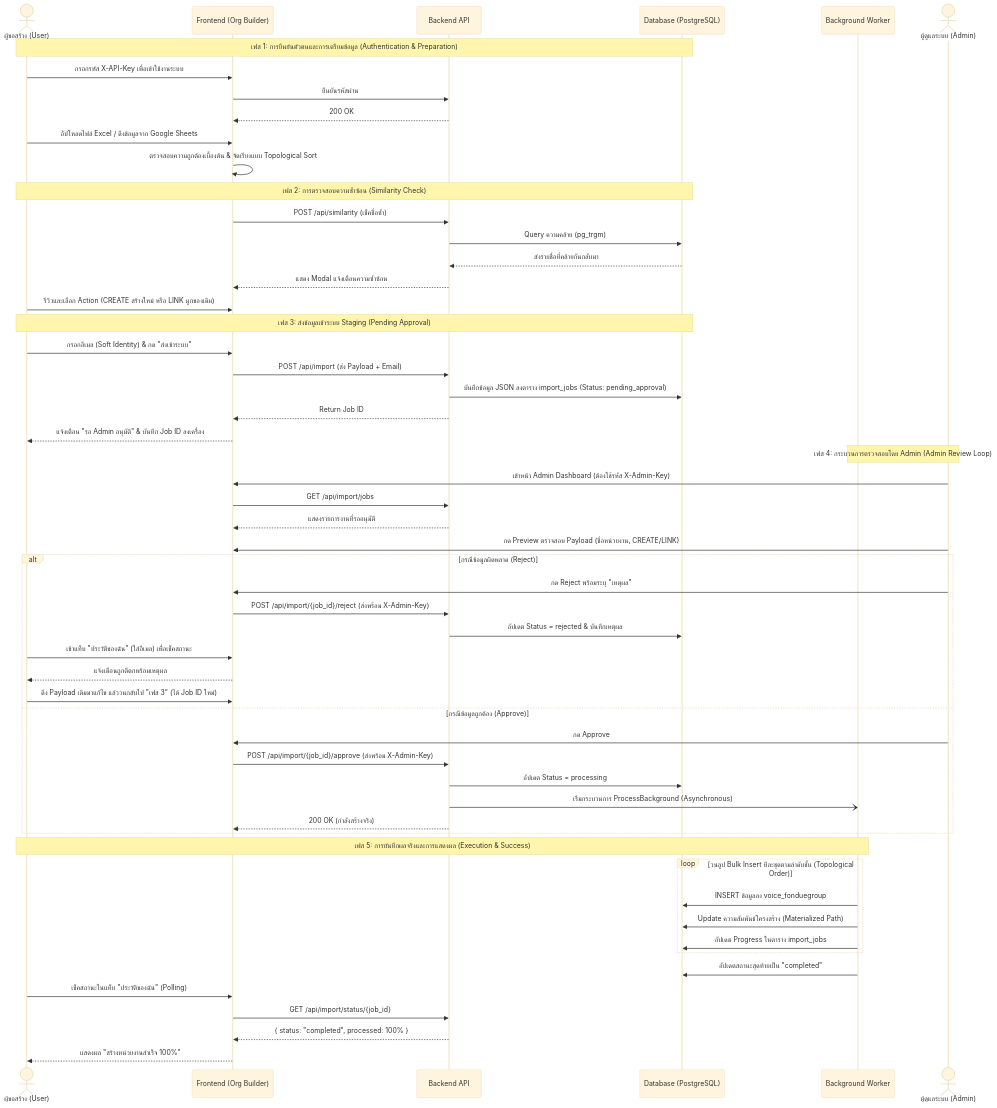
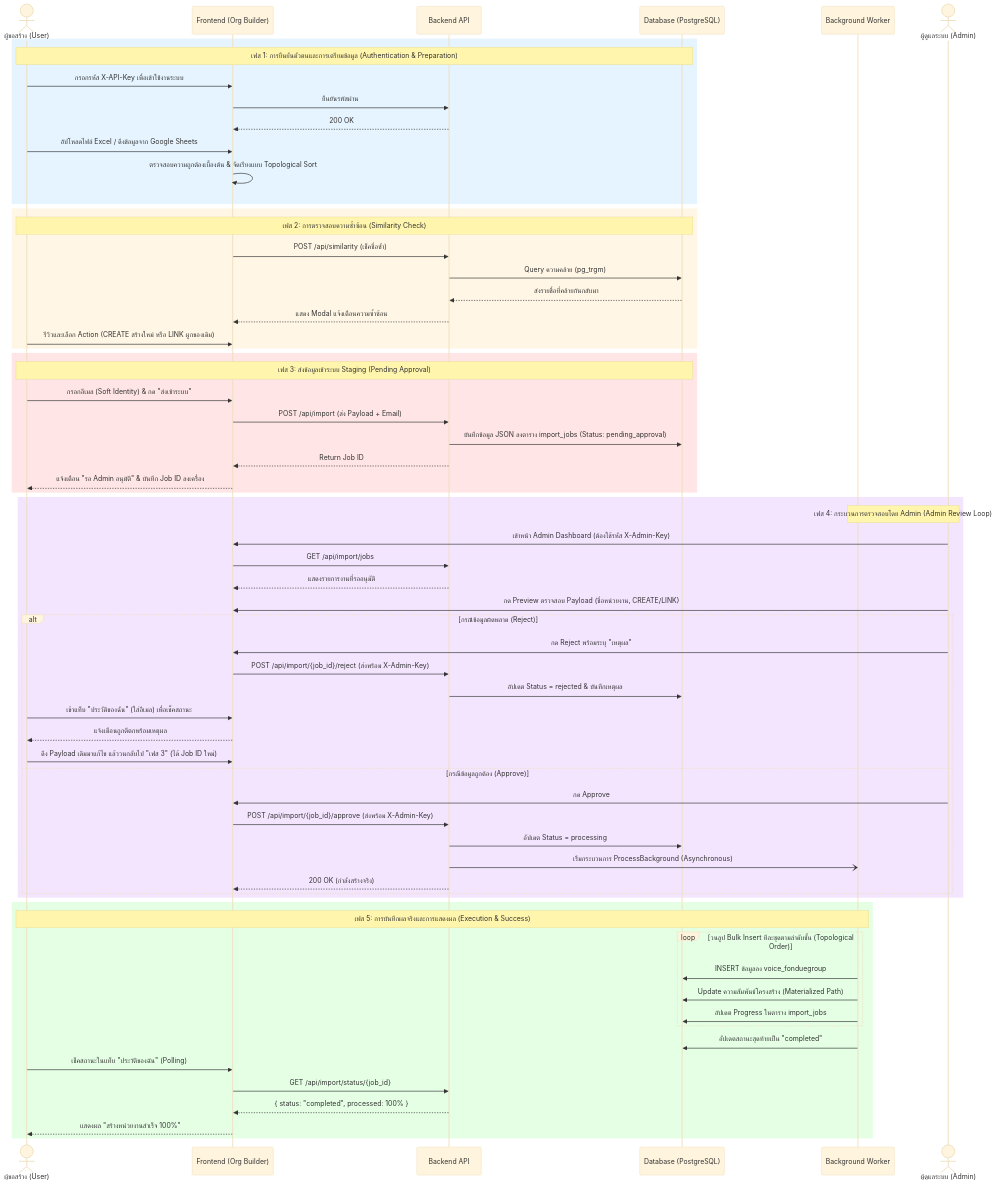
One commit to traffy-nectec/org-chart-creation changed the second of 2 diagrams in README.md. Above: the diagram before and after it, drawn with Mermaid (base theme). The commit also changed other lines of this file, not shown here.

Commit message:
docs: restore colors to diagrams with transparent fill for dark mode support

````diff
--- a/README.md
+++ b/README.md
@@ -160,64 +163,74 @@
 ```mermaid
 sequenceDiagram
     actor User as ผู้ขอสร้าง (User)
     participant UI as Frontend (Org Builder)
     participant API as Backend API
     participant DB as Database (PostgreSQL)
     participant Worker as Background Worker
     actor Admin as ผู้ดูแลระบบ (Admin)
 
+    rect rgba(0, 150, 255, 0.1)
     Note over User, DB: เฟส 1: การยืนยันตัวตนและการเตรียมข้อมูล (Authentication & Preparation)
     User->>UI: กรอกรหัส X-API-Key เพื่อเข้าใช้งานระบบ
     UI->>API: ยืนยันรหัสผ่าน
     API-->>UI: 200 OK
     User->>UI: อัปโหลดไฟล์ Excel / ดึงข้อมูลจาก Google Sheets
     UI->>UI: ตรวจสอบความถูกต้องเบื้องต้น & จัดเรียงแบบ Topological Sort
+    end
 
+    rect rgba(255, 165, 0, 0.1)
     Note over User, DB: เฟส 2: การตรวจสอบความซ้ำซ้อน (Similarity Check)
     UI->>API: POST /api/similarity (เช็คชื่อซ้ำ)
     API->>DB: Query ความคล้าย (pg_trgm)
     DB-->>API: ส่งรายชื่อที่คล้ายกันกลับมา
     API-->>UI: แสดง Modal แจ้งเตือนความซ้ำซ้อน
     User->>UI: รีวิวและเลือก Action (CREATE สร้างใหม่ หรือ LINK ผูกของเดิม)
+    end
 
+    rect rgba(255, 0, 0, 0.1)
     Note over User, DB: เฟส 3: ส่งข้อมูลเข้าระบบ Staging (Pending Approval)
     User->>UI: กรอกอีเมล (Soft Identity) & กด "ส่งเข้าระบบ"
     UI->>API: POST /api/import (ส่ง Payload + Email)
     API->>DB: บันทึกข้อมูล JSON ลงตาราง import_jobs (Status: pending_approval)
     API-->>UI: Return Job ID
     UI-->>User: แจ้งเตือน "รอ Admin อนุมัติ" & บันทึก Job ID ลงเครื่อง
+    end
 
+    rect rgba(150, 0, 255, 0.1)
     Note over Admin, Worker: เฟส 4: กระบวนการตรวจสอบโดย Admin (Admin Review Loop)
     Admin->>UI: เข้าหน้า Admin Dashboard (ต้องใช้รหัส X-Admin-Key)
     UI->>API: GET /api/import/jobs
     API-->>UI: แสดงรายการงานที่รออนุมัติ
     Admin->>UI: กด Preview ตรวจสอบ Payload (ชื่อหน่วยงาน, CREATE/LINK)
     
     alt กรณีข้อมูลผิดพลาด (Reject)
         Admin->>UI: กด Reject พร้อมระบุ "เหตุผล"
         UI->>API: POST /api/import/{job_id}/reject (ส่งพร้อม X-Admin-Key)
         API->>DB: อัปเดต Status = rejected & บันทึกเหตุผล
         User->>UI: เข้าแท็บ "ประวัติของฉัน" (ใส่อีเมล) เพื่อเช็คสถานะ
         UI-->>User: แจ้งเตือนถูกตีตกพร้อมเหตุผล
         User->>UI: ดึง Payload เดิมมาแก้ไข แล้ววนกลับไป "เฟส 3" (ได้ Job ID ใหม่)
     else กรณีข้อมูลถูกต้อง (Approve)
         Admin->>UI: กด Approve
         UI->>API: POST /api/import/{job_id}/approve (ส่งพร้อม X-Admin-Key)
         API->>DB: อัปเดต Status = processing
         API-)Worker: เริ่มกระบวนการ ProcessBackground (Asynchronous)
         API-->>UI: 200 OK (กำลังสร้างจริง)
     end
+    end
 
+    rect rgba(0, 255, 0, 0.1)
     Note over User, Worker: เฟส 5: การบันทึกผลจริงและการแสดงผล (Execution & Success)
     loop วนลูป Bulk Insert ทีละชุดตามลำดับชั้น (Topological Order)
         Worker->>DB: INSERT ข้อมูลลง voice_fonduegroup
         Worker->>DB: Update ความสัมพันธ์โครงสร้าง (Materialized Path)
         Worker->>DB: อัปเดต Progress ในตาราง import_jobs
     end
     Worker->>DB: อัปเดตสถานะสุดท้ายเป็น "completed"
     
     User->>UI: เช็คสถานะในแท็บ "ประวัติของฉัน" (Polling)
     UI->>API: GET /api/import/status/{job_id}
     API-->>UI: { status: "completed", processed: 100% }
     UI-->>User: แสดงผล "สร้างหน่วยงานสำเร็จ 100%"
+    end
 ```
````
